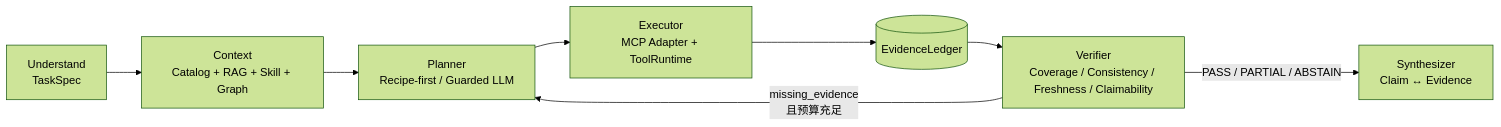
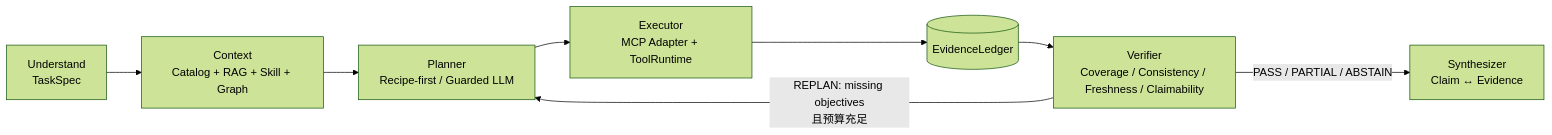
The diagram in docs/HARNESS_ARCHITECTURE.md (162645/oncall_opinion_analyse), drawn with Mermaid (forest theme) before and after one commit. The commit also changed other lines of this file and 16 other files, not shown here.

````diff
--- a/docs/HARNESS_ARCHITECTURE.md
+++ b/docs/HARNESS_ARCHITECTURE.md
@@ -7,10 +7,10 @@
 ```mermaid
 flowchart LR
     U[Understand\nTaskSpec] --> C[Context\nCatalog + RAG + Skill + Graph]
     C --> P[Planner\nRecipe-first / Guarded LLM]
     P --> X[Executor\nMCP Adapter + ToolRuntime]
     X --> L[(EvidenceLedger)]
     L --> V[Verifier\nCoverage / Consistency / Freshness / Claimability]
-    V -->|missing_evidence\n且预算充足| P
+    V -->|REPLAN: missing objectives\n且预算充足| P
     V -->|PASS / PARTIAL / ABSTAIN| S[Synthesizer\nClaim ↔ Evidence]
 ```
````
